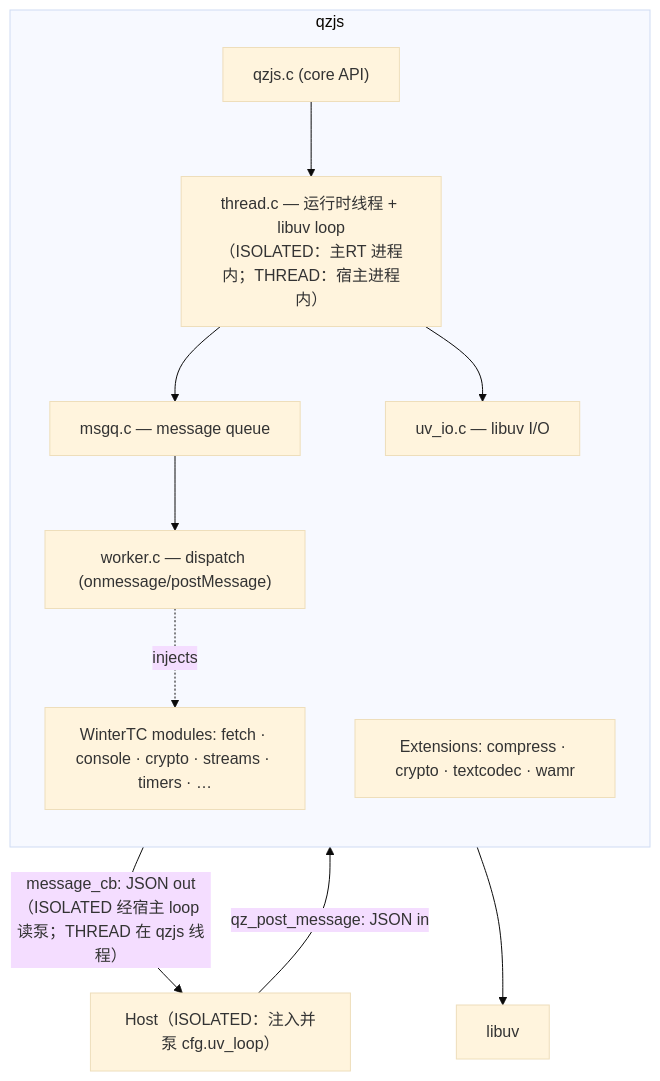
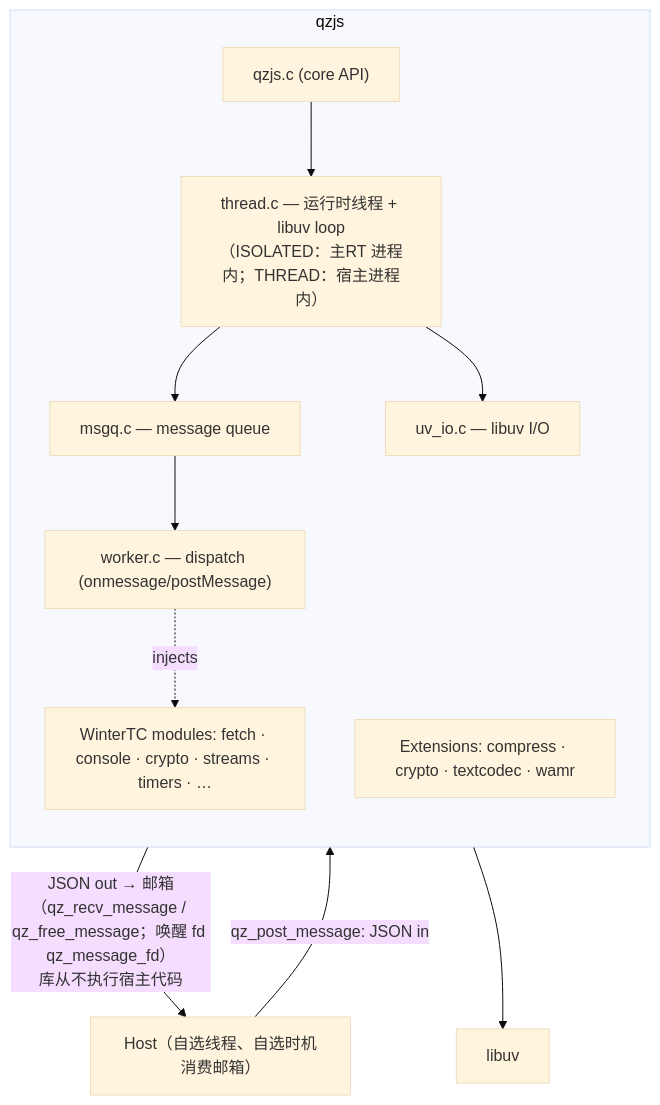
One commit to adam-ikari/qzjs changed the diagram in docs/zh/index.md. Above: the diagram before and after it, drawn with Mermaid (base theme). The commit also changed other lines of this file and 32 other files, not shown here.

````diff
--- a/docs/zh/index.md
+++ b/docs/zh/index.md
@@ -85,21 +78,21 @@
 ```mermaid
 flowchart TB
     subgraph AM["qzjs"]
         direction TB
         Core["qzjs.c (core API)"]
         Thread["thread.c — 运行时线程 + libuv loop<br/>（ISOLATED：主RT 进程内；THREAD：宿主进程内）"]
         Msgq["msgq.c — message queue"]
         Worker["worker.c — dispatch (onmessage/postMessage)"]
         UvIO["uv_io.c — libuv I/O"]
         Core --> Thread
         Thread --> Msgq
         Msgq --> Worker
         Thread --> UvIO
         JS["WinterTC modules: fetch · console · crypto · streams · timers · …"]
         ExtList["Extensions: compress · crypto · textcodec · wamr"]
         Worker -.injects.-> JS
     end
-    HOST["Host（ISOLATED：注入并泵 cfg.uv_loop）"] -->|"qz_post_message: JSON in"| Msgq
-    Worker -->|"message_cb: JSON out<br/>（ISOLATED 经宿主 loop 读泵；THREAD 在 qzjs 线程）"| HOST
+    HOST["Host（自选线程、自选时机消费邮箱）"] -->|"qz_post_message: JSON in"| Msgq
+    Worker -->|"JSON out → 邮箱（qz_recv_message / qz_free_message；唤醒 fd qz_message_fd）<br/>库从不执行宿主代码"| HOST
     UvIO --> LIBUV["libuv"]
 ```
````
